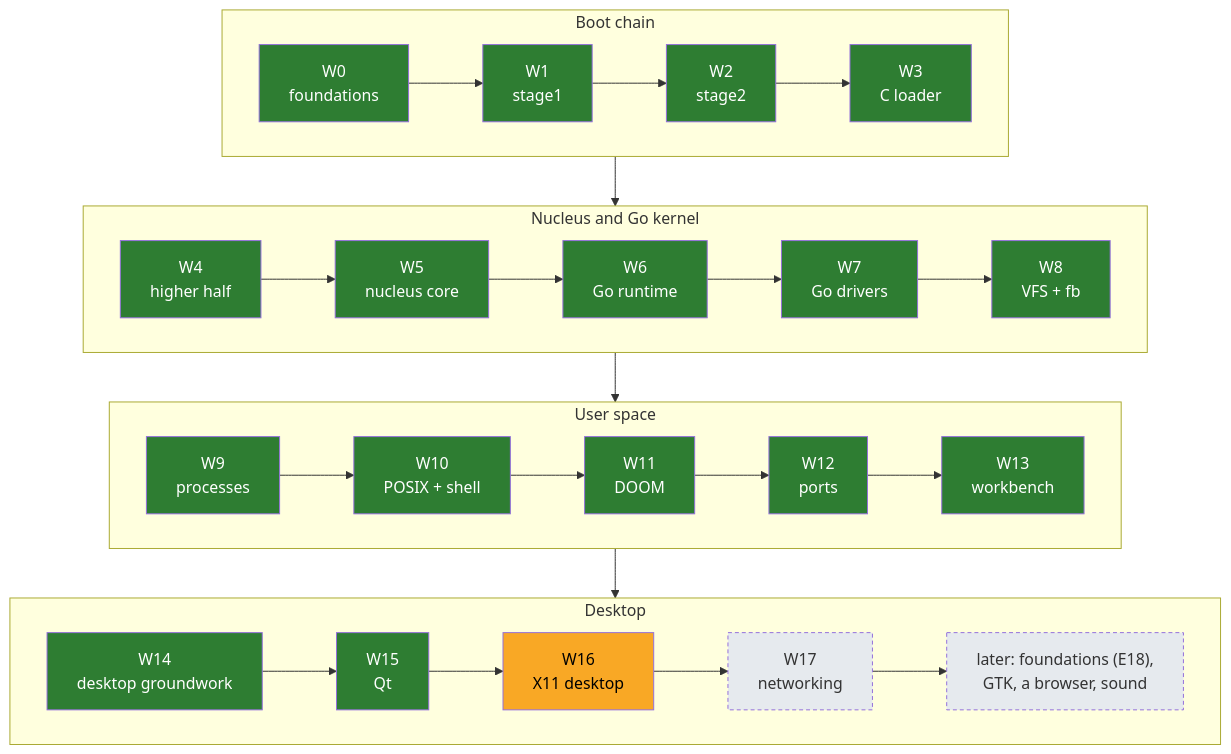
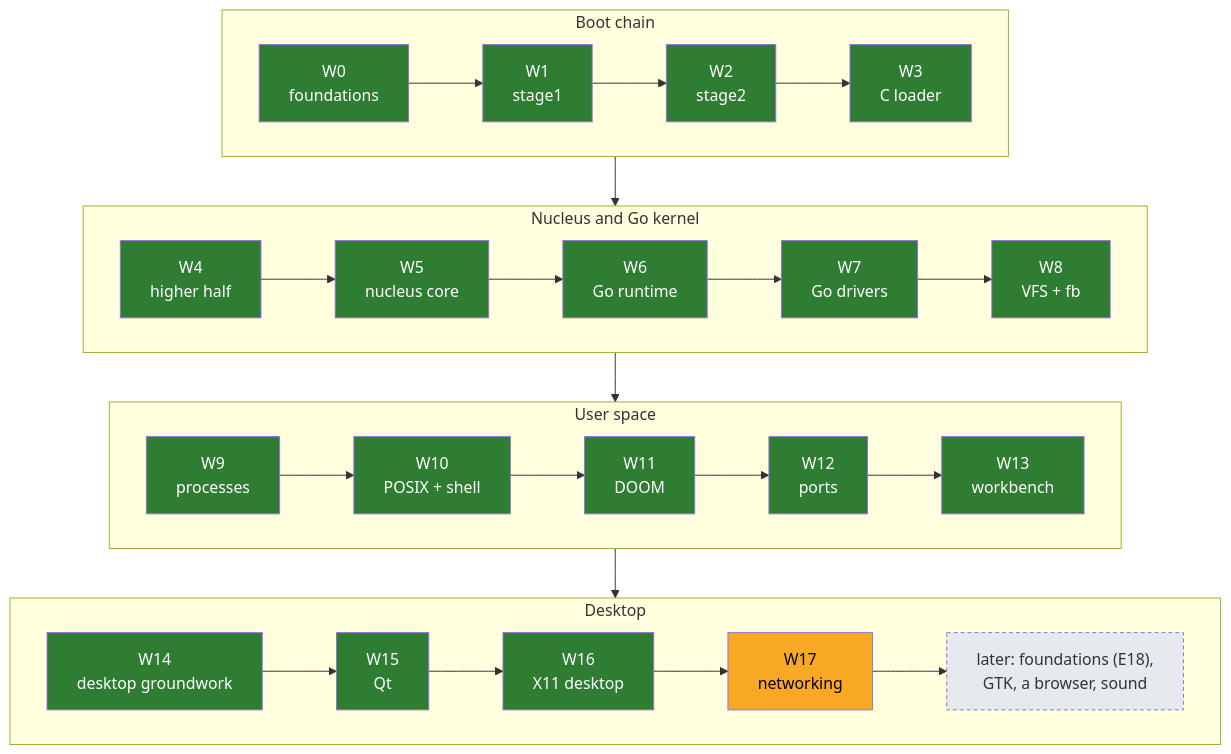
The diagram in docs/04-plan/ROADMAP.md (decagondev/burrow), drawn with Mermaid before and after one commit. The commit also changed other lines of this file and 13 other files, not shown here.

````diff
--- a/docs/04-plan/ROADMAP.md
+++ b/docs/04-plan/ROADMAP.md
@@ -26,26 +26,26 @@
 ```mermaid
 flowchart TB
     subgraph boot["Boot chain"]
         direction LR
         W0["W0<br/>foundations"] --> W1["W1<br/>stage1"] --> W2["W2<br/>stage2"] --> W3["W3<br/>C loader"]
     end
     subgraph core["Nucleus and Go kernel"]
         direction LR
         W4["W4<br/>higher half"] --> W5["W5<br/>nucleus core"] --> W6["W6<br/>Go runtime"] --> W7["W7<br/>Go drivers"] --> W8["W8<br/>VFS + fb"]
     end
     subgraph unix["User space"]
         direction LR
         W9["W9<br/>processes"] --> W10["W10<br/>POSIX + shell"] --> W11["W11<br/>DOOM"] --> W12["W12<br/>ports"] --> W13["W13<br/>workbench"]
     end
     subgraph desk["Desktop"]
         direction LR
         W14["W14<br/>desktop groundwork"] --> W15["W15<br/>Qt"] --> W16["W16<br/>X11 desktop"] --> W17["W17<br/>networking"] --> X["later: foundations (E18),<br/>GTK, a browser, sound"]
     end
     boot --> core --> unix --> desk
     classDef done fill:#2e7d32,color:#fff;
     classDef next fill:#f9a825,color:#000;
     classDef later fill:#e6eaee,color:#333,stroke-dasharray: 4 3;
-    class W0,W1,W2,W3,W4,W5,W6,W7,W8,W9,W10,W11,W12,W13,W14,W15 done;
-    class W16 next;
-    class W17,X later;
+    class W0,W1,W2,W3,W4,W5,W6,W7,W8,W9,W10,W11,W12,W13,W14,W15,W16 done;
+    class W17 next;
+    class X later;
 ```
````
